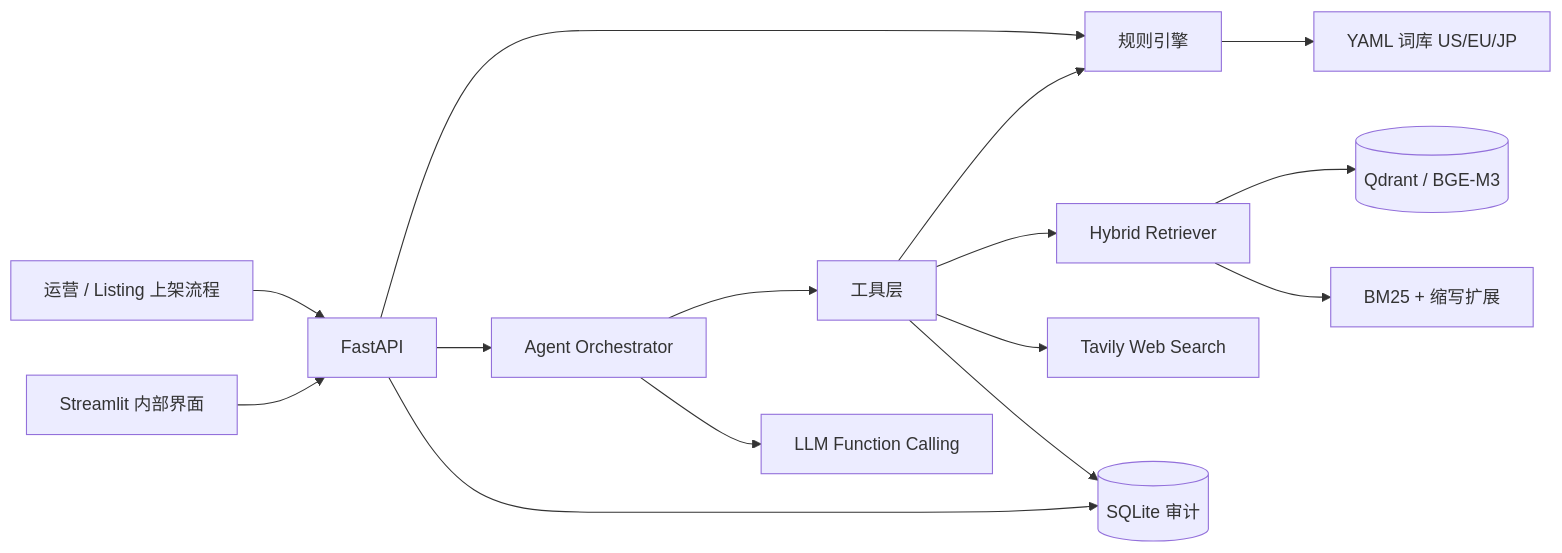
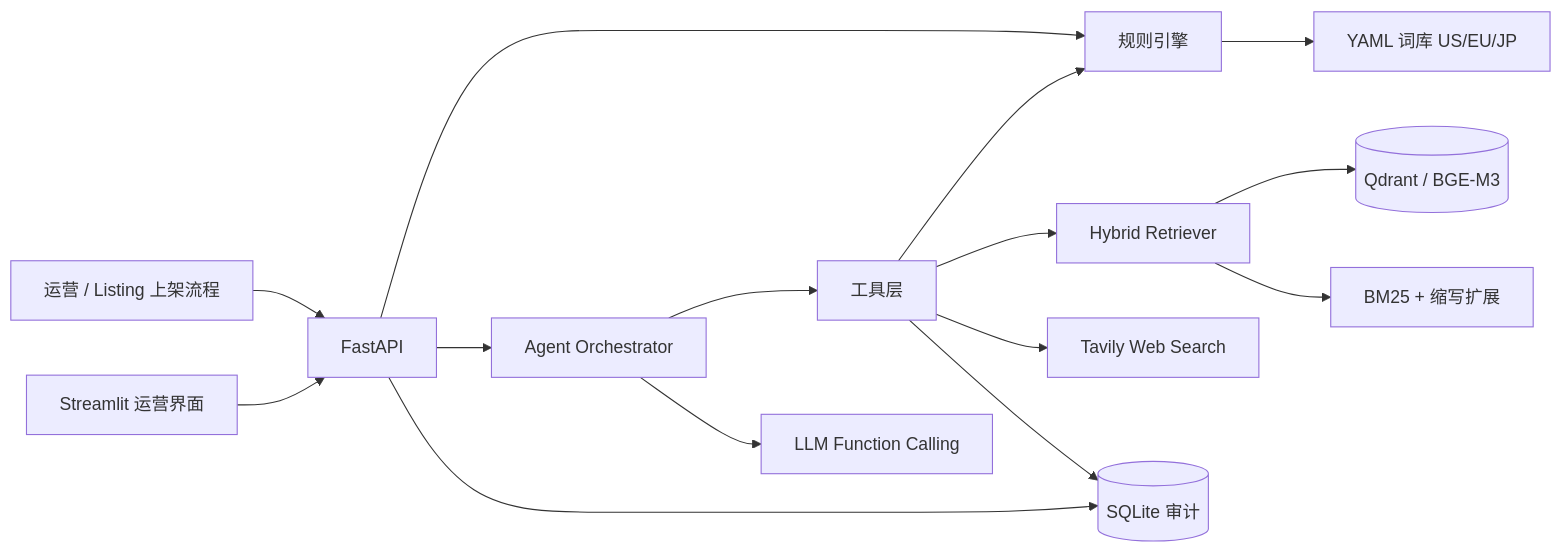
Before and after one commit to jack15732/amz-ops-agent: the diagram in README.md, drawn with Mermaid. The commit also changed other lines of this file and 10 other files, not shown here.

````diff
--- a/README.md
+++ b/README.md
@@ -35,17 +35,17 @@
 ```mermaid
 flowchart LR
     U[运营 / Listing 上架流程] --> API[FastAPI]
-    UI[Streamlit 内部界面] --> API
+    UI[Streamlit 运营界面] --> API
     API --> RE[规则引擎]
     API --> AG[Agent Orchestrator]
     AG --> T[工具层]
     T --> RE
     T --> HR[Hybrid Retriever]
     HR --> Q[(Qdrant / BGE-M3)]
     HR --> BM[BM25 + 缩写扩展]
     T --> WS[Tavily Web Search]
     RE --> Y[YAML 词库 US/EU/JP]
     AG --> LLM[LLM Function Calling]
     API --> AU[(SQLite 审计)]
     T --> AU
 ```
````
